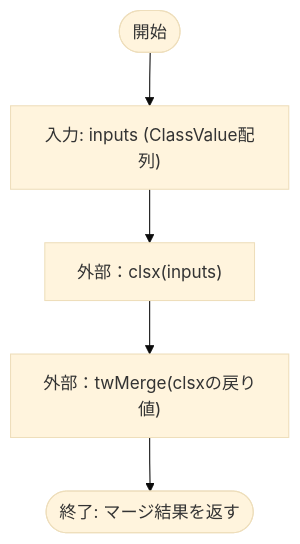
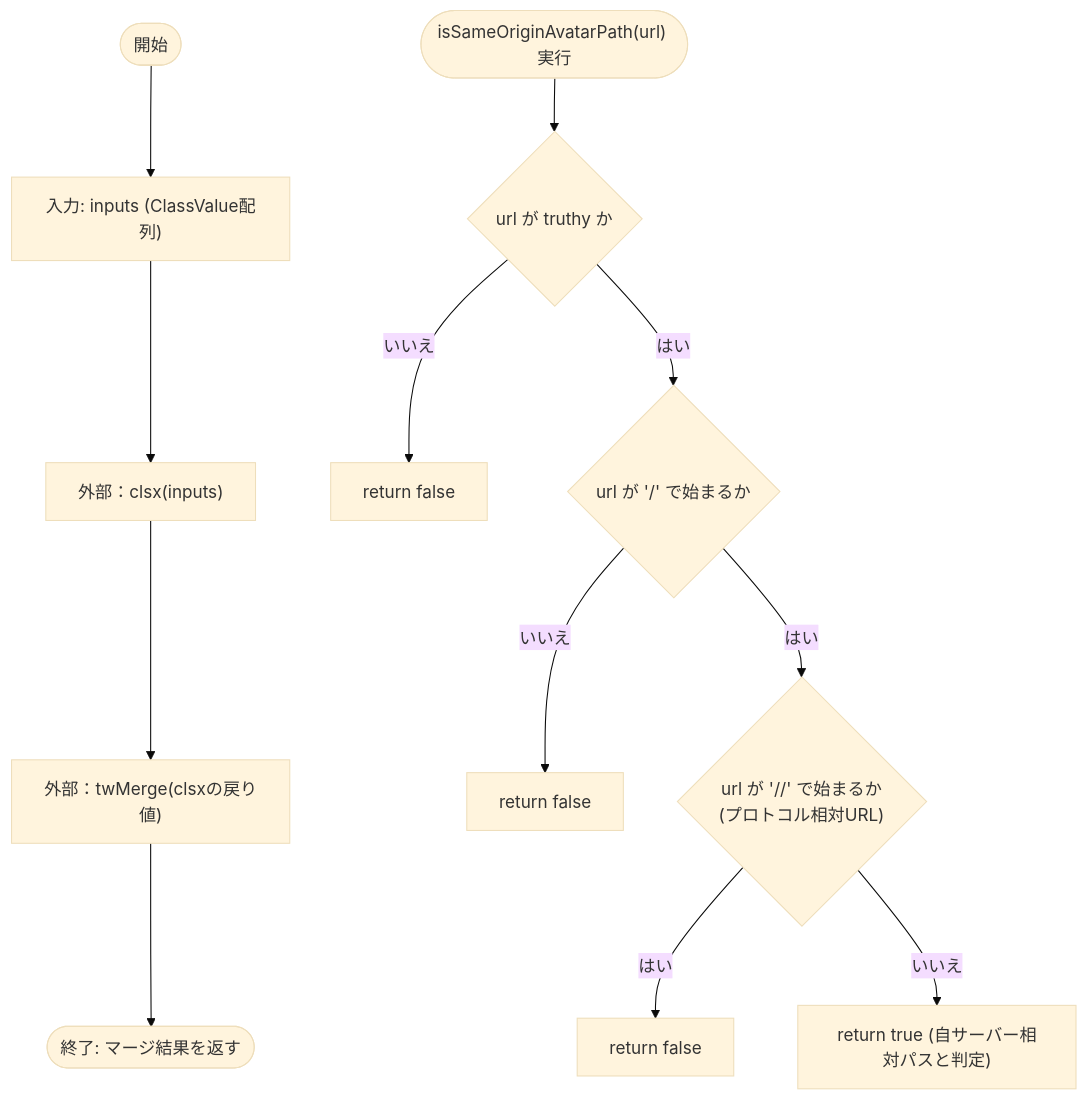
Before and after one commit to mmtigers/my_python_project: the first of 2 diagrams in docs/specifications/family-quest/src/lib/utils.md, drawn with Mermaid (base theme). The commit also changed other lines of this file and 18 other files, not shown here.

````diff
--- a/docs/specifications/family-quest/src/lib/utils.md
+++ b/docs/specifications/family-quest/src/lib/utils.md
@@ -66,8 +98,16 @@
 ```mermaid
 flowchart TD
     Start([開始]) --> Input["入力: inputs (ClassValue配列)"]
     Input --> CallClsx["外部：clsx(inputs)"]
     CallClsx --> CallTwMerge["外部：twMerge(clsxの戻り値)"]
     CallTwMerge --> End([終了: マージ結果を返す])
 
+    Start2(["isSameOriginAvatarPath(url) 実行"]) --> CheckFalsy{"url が truthy か"}
+    CheckFalsy -- いいえ --> ReturnFalse1["return false"]
+    CheckFalsy -- はい --> CheckSlash{"url が '/' で始まるか"}
+    CheckSlash -- いいえ --> ReturnFalse2["return false"]
+    CheckSlash -- はい --> CheckDoubleSlash{"url が '//' で始まるか\n(プロトコル相対URL)"}
+    CheckDoubleSlash -- はい --> ReturnFalse3["return false"]
+    CheckDoubleSlash -- いいえ --> ReturnTrue["return true (自サーバー相対パスと判定)"]
+
 ```
````
